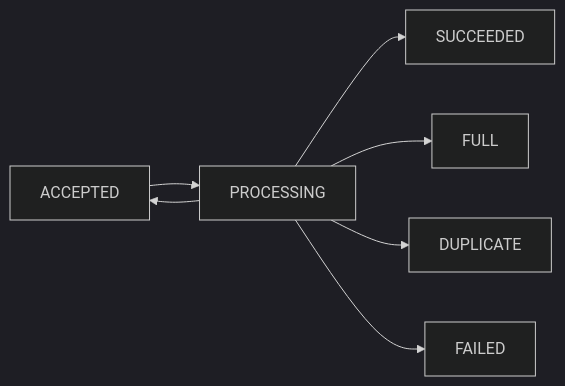
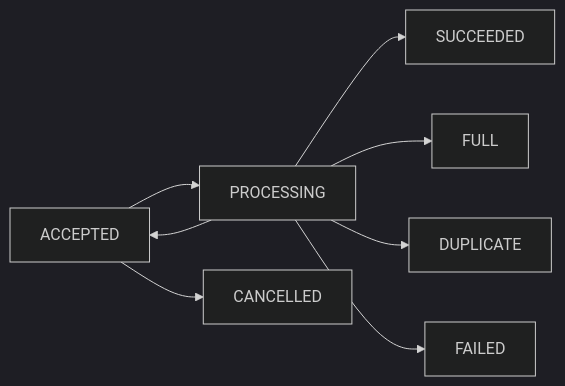
One commit to HwangChulHee/course-registration-infra changed the second of 2 diagrams in docs/queue-design.md. Above: the diagram before and after it, drawn with Mermaid (dark theme). The commit also changed other lines of this file, not shown here.

````diff
--- a/docs/queue-design.md
+++ b/docs/queue-design.md
@@ -58,9 +61,10 @@
 ```mermaid
 flowchart LR
   R[ACCEPTED] --> P[PROCESSING]
   P --> S[SUCCEEDED]
   P --> F[FULL]
   P --> D[DUPLICATE]
   P --> E[FAILED]
   P --> R
+  R --> C[CANCELLED]
 ```
````
